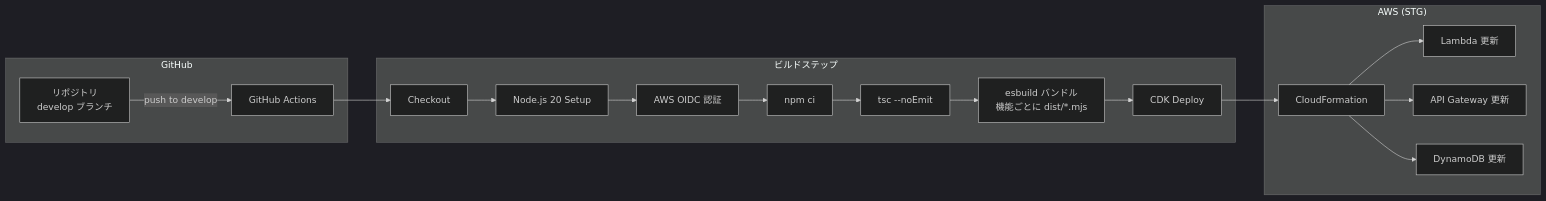
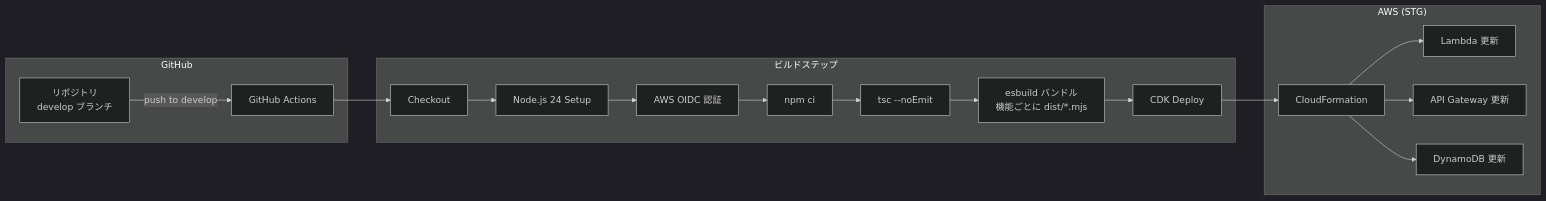
Before and after one commit to yatohana1231-ux/vtuber-simulator-api: the third of 9 diagrams in README.md, drawn with Mermaid (dark theme). The commit also changed other lines of this file and 7 other files, not shown here.

Commit message:
chore: upgrade Node.js from 20 to 24 (Lambda runtime, CI, build target)

````diff
--- a/README.md
+++ b/README.md
@@ -196,19 +196,19 @@
 ```mermaid
 graph LR
     subgraph GitHub
         REPO[リポジトリ<br/>develop ブランチ]
         GHA[GitHub Actions]
     end
     subgraph BuildSteps["ビルドステップ"]
-        CHECKOUT[Checkout] --> SETUP[Node.js 20 Setup] --> OIDC[AWS OIDC 認証] --> INSTALL[npm ci] --> TYPECHECK[tsc --noEmit] --> BUILD[esbuild バンドル<br/>機能ごとに dist/*.mjs] --> CDK[CDK Deploy]
+        CHECKOUT[Checkout] --> SETUP[Node.js 24 Setup] --> OIDC[AWS OIDC 認証] --> INSTALL[npm ci] --> TYPECHECK[tsc --noEmit] --> BUILD[esbuild バンドル<br/>機能ごとに dist/*.mjs] --> CDK[CDK Deploy]
     end
     subgraph AWS_Deploy["AWS (STG)"]
         CFN[CloudFormation] --> LAMBDA_D[Lambda 更新]
         CFN --> APIGW_D[API Gateway 更新]
         CFN --> DYNAMO_D[DynamoDB 更新]
     end
 
     REPO -->|push to develop| GHA
     GHA --> CHECKOUT
     CDK --> CFN
 ```
````
